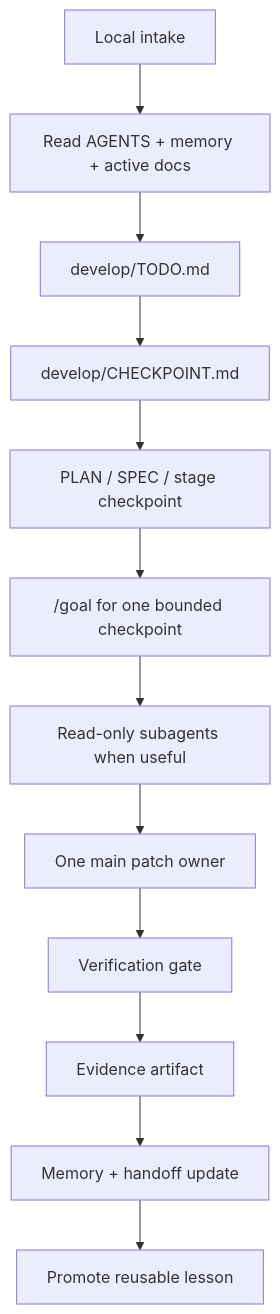
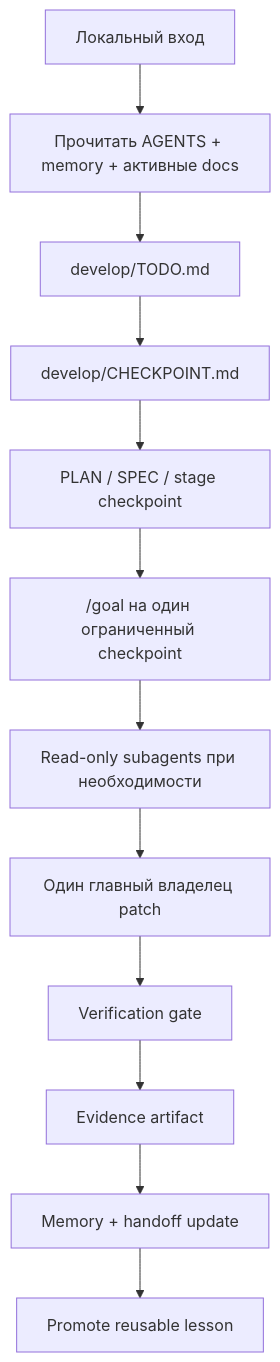
The diagram in README.md (defftripp/source_of_truth), drawn with Mermaid before and after one commit. The commit also changed other lines of this file and 36 other files, not shown here.

````diff
--- a/README.md
+++ b/README.md
@@ -24,14 +24,14 @@
 ```mermaid
 flowchart TD
-    A["Local intake"] --> B["Read AGENTS + memory + active docs"]
+    A["Локальный вход"] --> B["Прочитать AGENTS + memory + активные docs"]
     B --> C["develop/TODO.md"]
     C --> D["develop/CHECKPOINT.md"]
     D --> E["PLAN / SPEC / stage checkpoint"]
-    E --> F["/goal for one bounded checkpoint"]
-    F --> G["Read-only subagents when useful"]
-    G --> H["One main patch owner"]
+    E --> F["/goal на один ограниченный checkpoint"]
+    F --> G["Read-only subagents при необходимости"]
+    G --> H["Один главный владелец patch"]
     H --> I["Verification gate"]
     I --> J["Evidence artifact"]
     J --> K["Memory + handoff update"]
     K --> L["Promote reusable lesson"]
 ```
````
